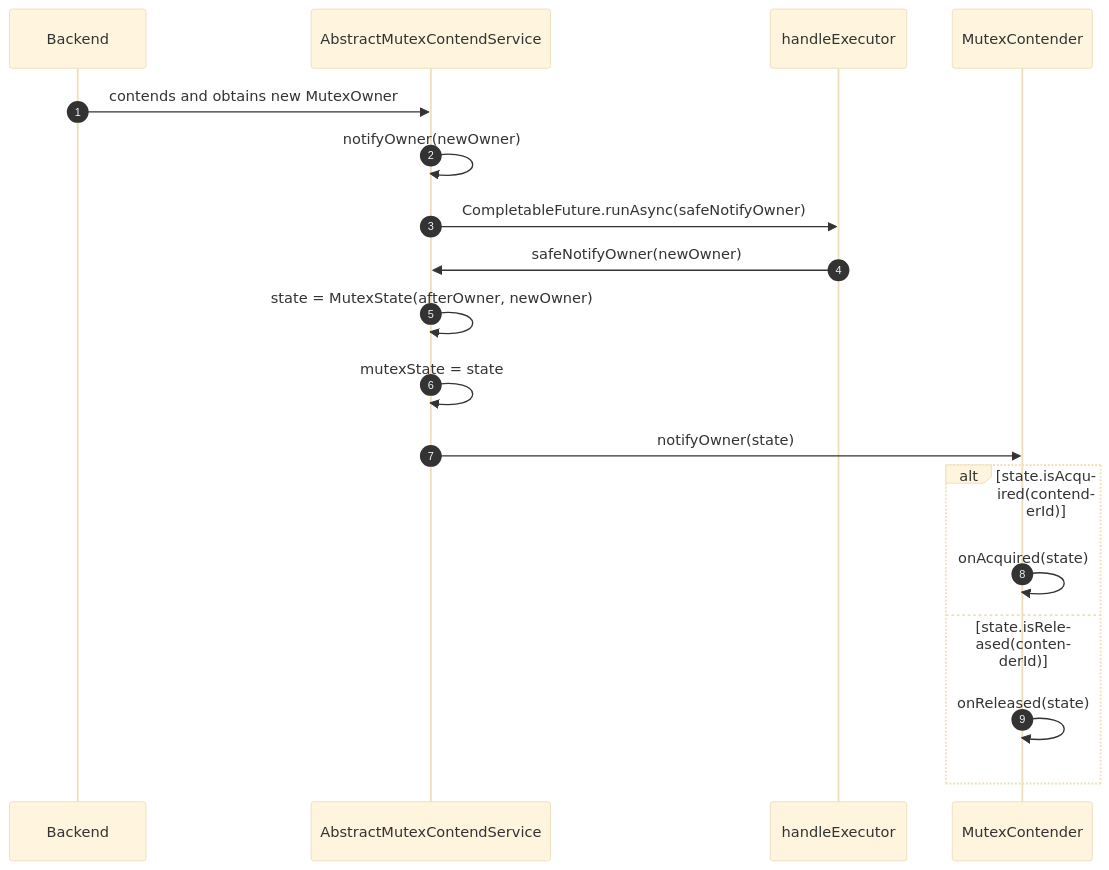
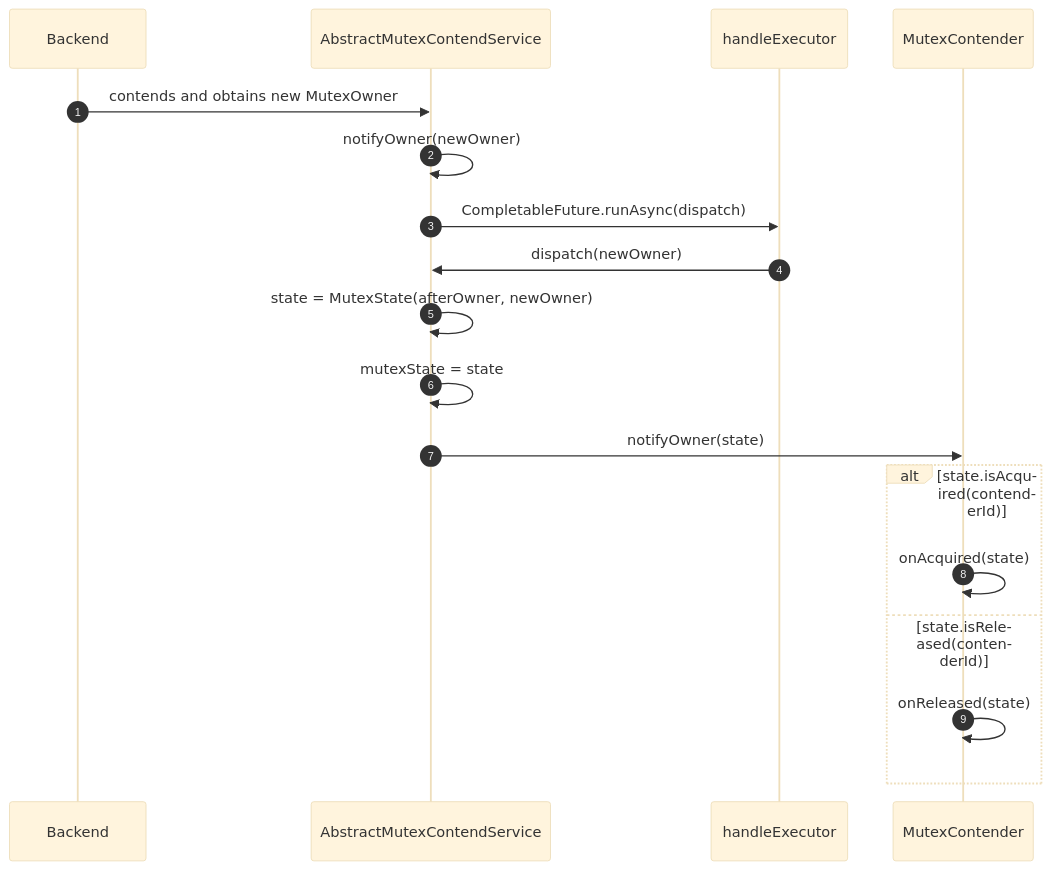
The fifth of 6 diagrams in wiki/architecture/core-abstractions.md (Ahoo-Wang/Simba), drawn with Mermaid (base theme) before and after one commit. The commit also changed other lines of this file and 15 other files, not shown here.

First line of the commit message:
refactor(core)!: run owner callbacks outside the state lock (#556)

````diff
--- a/wiki/architecture/core-abstractions.md
+++ b/wiki/architecture/core-abstractions.md
@@ -327,22 +327,22 @@
 ```mermaid
 sequenceDiagram
 autonumber
     participant BACKEND as Backend
     participant AMCS as AbstractMutexContendService
     participant HE as handleExecutor
     participant MC as MutexContender
 
     BACKEND->>AMCS: contends and obtains new MutexOwner
     AMCS->>AMCS: notifyOwner(newOwner)
-    AMCS->>HE: CompletableFuture.runAsync(safeNotifyOwner)
-    HE->>AMCS: safeNotifyOwner(newOwner)
+    AMCS->>HE: CompletableFuture.runAsync(dispatch)
+    HE->>AMCS: dispatch(newOwner)
     AMCS->>AMCS: state = MutexState(afterOwner, newOwner)
     AMCS->>AMCS: mutexState = state
     AMCS->>MC: notifyOwner(state)
 
     alt state.isAcquired(contenderId)
         MC->>MC: onAcquired(state)
     else state.isReleased(contenderId)
         MC->>MC: onReleased(state)
     end
 ```
````
